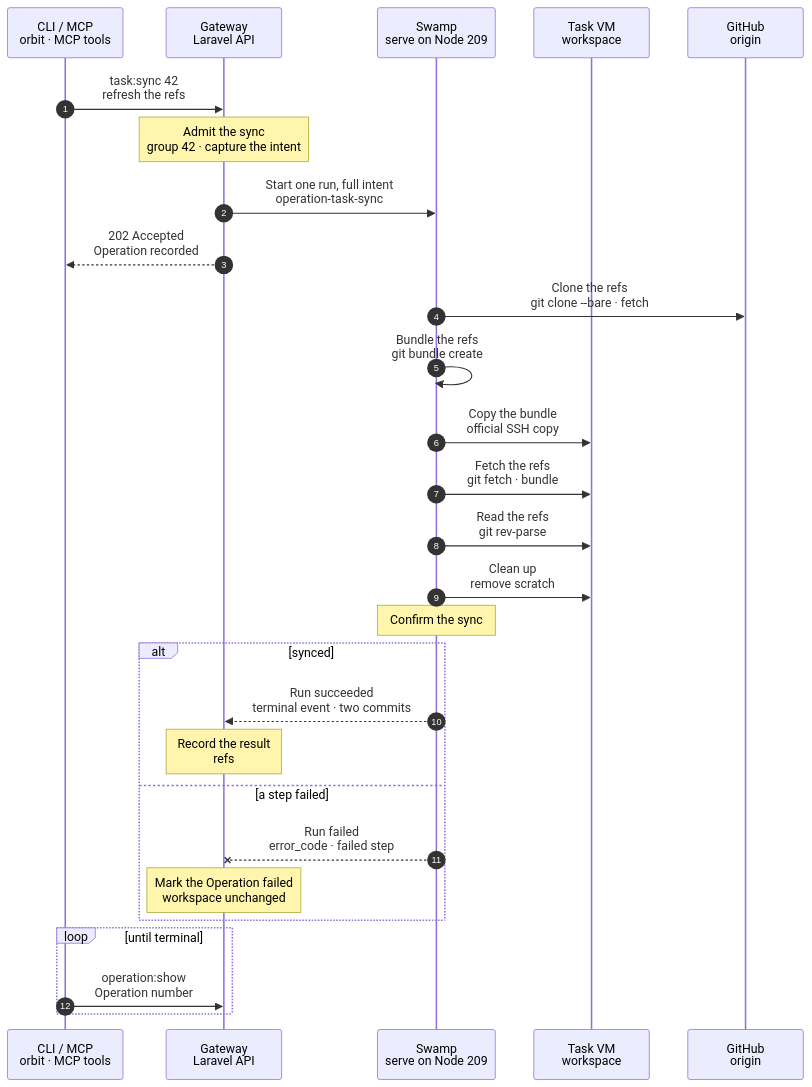
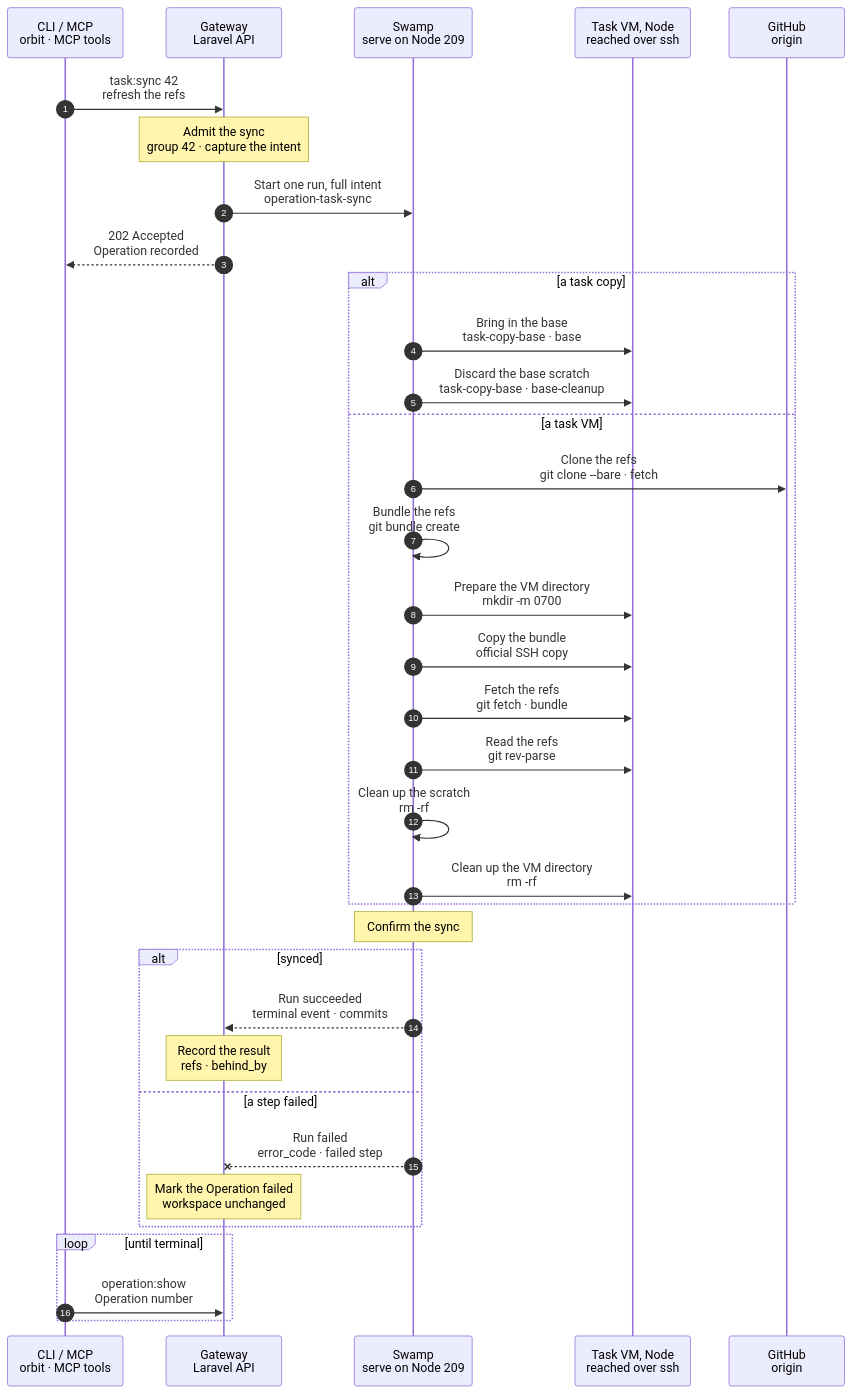
One commit to hardimpactdev/orbit changed the diagram in docs/cli/task/sync.mmd. Above: the diagram before and after it, drawn with Mermaid. The commit also changed 54 other files, not shown here.

First line of the commit message:
feat(tasks): Orbit brings main into a task copy; the publish states its base and refuses only a real conflict (#3760)

```diff
--- a/docs/cli/task/sync.mmd
+++ b/docs/cli/task/sync.mmd
@@ -1,79 +1,116 @@
 sequenceDiagram
   %% Target design: stage 2 and stage 4 of the command development pipeline (docs/reference/pipeline/2-development-environment.mmd, 4-pr-and-ci.mmd). A task VM holds no GitHub credential, so the workspace cannot fetch. The author needs the branch of the pull request and main when either moved on origin (a merge of main into the branch, a correction pushed by the owner), to merge or rebase before the push. Decided by the orchestrator, for Nick's review.
+  %% Task copy (2026-11-14): the same kind brings the Project's default branch into a task copy through the copy's Node mirror and one incremental bundle; no credential enters the copy and the branch is never merged or rebased. The run selects the copy path by the intent key `copy`; the task VM steps read only the keys they read before, so a run that an older Gateway admitted keeps its task VM path. Task VMs get no new work. docs/reference/tasks.md#bring-main-into-a-copy.
   %% status: draft
   %% command: task:sync
   %% kind: tasks.sync
   autonumber
   %% lane CLI icon=terminal pill=caller tone=gray
   %% lane GW icon=gateway pill=intent tone=blue
   %% lane SW icon=workflow pill=executes tone=green
-  %% lane VM icon=terminal pill=target tone=amber
+  %% lane N icon=server pill=target tone=amber
   %% lane GH icon=server pill=target tone=purple
   participant CLI as CLI / MCP<br/>orbit · MCP tools
   participant GW as Gateway<br/>Laravel API
   participant SW as Swamp<br/>serve on Node 209
-  participant VM as Task VM<br/>workspace
+  participant N as Task VM, Node<br/>reached over ssh
   participant GH as GitHub<br/>origin
   CLI->>GW: task:sync 42<br/>refresh the refs
   %%> Command:
   %%> - the MCP tool `task-sync`, or `POST /api/v1/tasks/42/sync` with an `Idempotency-Key` and no body
   Note over GW: Admit the sync<br/>group 42 · capture the intent
   %%> Requirements:
   %%> - your Node has an access grant to the Gateway
-  %%> - group 42 is open and external, with its own task VM workspace and a pushed branch `task-42`
-  %%> - the task VM runs; a parked VM is woken by the admission, which answers `tasks.vm_resuming`
-  %%> - no other task runs on group 42; the Gateway holds one lock per group
+  %%> - group 42 is open and external, with its own task VM workspace and a pushed branch `task-42`, or with its own task copy
+  %%> - a task VM runs; a parked VM is woken by the admission, which answers `tasks.vm_resuming`
+  %%> - a task copy's container runs, else `tasks.instance_not_running`, and no copy turn of the group is unended, else `tasks.copy_turn_unended`
+  %%> - no other task runs on group 42, so no check or publish; the Gateway holds one lock per group
   %%> What it does:
   %%> - captures the repository, the default branch, the branch `task-42`, the workspace path and the SSH target of the VM
-  %%> - names the vault key of the read token
+  %%> - for a task copy, adds `copy`: its Node's SSH target, its container, its start commit and its Node mirror
+  %%> - names the vault key of the read credential
   %%> Decided by the orchestrator, for Nick's review:
   %%> - no Swamp step calls the Gateway: the Gateway mints the read token (`contents: read`, valid one hour) as it starts the run and writes it to that vault key, as it does for the Pi token of a turn; the run gets only the key name
+  %%> - each run mints its own credential; a later run never reuses it
   GW->>SW: Start one run, full intent<br/>operation-task-sync
   %%> Inputs:
-  %%> - the whole intent above and the vault key name of the read token, never the token
+  %%> - the whole intent above and the vault key name of the read credential, never the credential
   %%> - no step of the run calls the Gateway
   GW-->>CLI: 202 Accepted<br/>Operation recorded
   %%> Next:
   %%> - the CLI follows the Operation with `operation:show`
-  SW->>GH: Clone the refs<br/>git clone --bare · fetch
-  %%> What it does:
-  %%> - on Node 209, in a scratch directory of the run: a bare clone of the default branch and a fetch of `task-42`, with the token, read from its vault key, as an extra header of the commands and nowhere else
-  SW->>SW: Bundle the refs<br/>git bundle create
-  %%> What it does:
-  %%> - one bundle of the default branch and `task-42`
-  %%> - the clone and the bundle run as the behaviors `task-sync-clone-42` and `task-sync-bundle-42`, up to 180 s and 60 s, so a sync of another group never waits for their lock
-  SW->>VM: Copy the bundle<br/>official SSH copy
-  %%> What it does:
-  %%> - prepares a private directory on the VM and copies the bundle into it; no token and no script reaches the VM
-  SW->>VM: Fetch the refs<br/>git fetch · bundle
-  %%> What it does:
-  %%> - `git fetch` of the bundle into `refs/remotes/origin/<default branch>` and `refs/remotes/origin/task-42` of the workspace
-  %%> Result:
-  %%> - HEAD, the working tree and the local branches are not touched; the author merges or rebases itself, as the review of the stage asks
-  SW->>VM: Read the refs<br/>git rev-parse
-  %%> What it does:
-  %%> - reads the two commits the fetch stored
-  SW->>VM: Clean up<br/>remove scratch
-  %%> When:
-  %%> - always, on success and failure: the scratch directory on Node 209 and the one on the VM
+  alt a task copy
+    SW->>N: Bring in the base<br/>task-copy-base · base
+    %%> Why its own child:
+    %%> - only this path calls `task-copy-base`; the shared workspace child of turns, checks and publishes takes no secret and no base input
+    %%> On the Node:
+    %%> - first removes what an earlier, cancelled sync of the copy left in the copy's Node scratch and bundle folder, which the copy's Instance names
+    %%> - fetches `+refs/heads/<default>` from the Project's repository into the copy's own mirror, `/var/lib/orbit/instance-repositories/<instance>.git`; a missing mirror is made from the default's mirror, which only then is needed
+    %%> - the read token is the sync's Git header: it reaches that one `git fetch` only as its environment, through the stdin of a pipelined task; never argv, a file or a stored output, so a killed run leaves none behind
+    %%> - bundles the default branch without the commits the copy already holds (`^origin/<default>`, `^task-42`, where the mirror holds them); when the copy holds the head already, no bundle is made
+    %%> In the container:
+    %%> - root makes the bundle folder fresh and owns it and the bundle; `agent` can read it and cannot replace it
+    %%> - as `agent`, `git fetch` of the bundle into `refs/remotes/origin/<default>` only
+    %%> - reads the default head, the branch commit, `git rev-list --count task-42..origin/<default>` and the copy's start
+    %%> Result:
+    %%> - HEAD, the working tree, the index and the local branches are not touched; nothing is merged or rebased
+    %%> Source:
+    %%> - the Project's repository, for every Project; a Project whose repository receives main only at a release sees the last released main
+    SW->>N: Discard the base scratch<br/>task-copy-base · base-cleanup
+    %%> Clean-up rule:
+    %%> - the bundles on the Node and in the copy go when the base ends, here after the run, at the next sync of the copy, or at the copy's destroy, whichever comes first; no credential is ever written, so none is left to remove
+    %%> Test:
+    %%> - a failed fetch, a cancel during the fetch and a cancel after the push leave no credential anywhere and no bundle in the copy once this step or the next base ran
+  else a task VM
+    SW->>GH: Clone the refs<br/>git clone --bare · fetch
+    %%> What it does:
+    %%> - on Node 209, in a scratch directory of the run: a bare clone of the default branch and a fetch of `task-42`, with the token, read from its vault key, as an extra header of the commands and nowhere else
+    SW->>SW: Bundle the refs<br/>git bundle create
+    %%> What it does:
+    %%> - one bundle of the default branch and `task-42`
+    %%> - the clone and the bundle run as the behaviors `task-sync-clone-42` and `task-sync-bundle-42`, up to 180 s and 60 s, so a sync of another group never waits for their lock
+    SW->>N: Prepare the VM directory<br/>mkdir -m 0700
+    %%> What it does:
+    %%> - a private directory of the run on the VM
+    SW->>N: Copy the bundle<br/>official SSH copy
+    %%> What it does:
+    %%> - copies the bundle into that directory; no token and no script reaches the VM
+    SW->>N: Fetch the refs<br/>git fetch · bundle
+    %%> What it does:
+    %%> - `git fetch` of the bundle into `refs/remotes/origin/<default branch>` and `refs/remotes/origin/task-42` of the workspace
+    %%> Result:
+    %%> - HEAD, the working tree and the local branches are not touched; the author merges or rebases itself, as the review of the stage asks
+    SW->>N: Read the refs<br/>git rev-parse
+    %%> What it does:
+    %%> - reads the two commits the fetch stored
+    SW->>SW: Clean up the scratch<br/>rm -rf
+    %%> When:
+    %%> - always, on success and failure: the scratch directory of the run on Node 209
+    SW->>N: Clean up the VM directory<br/>rm -rf
+    %%> When:
+    %%> - always, after the scratch: the run's directory on the VM
+  end
   Note over SW: Confirm the sync
   %%> What it does:
-  %%> - native assert: the fetch, the read and the clean up succeeded
+  %%> - native assert: for a task VM, the read and both clean ups succeeded; for a task copy, the base and its discard succeeded
   alt synced
-    SW-->>GW: Run succeeded<br/>terminal event · two commits
+    SW-->>GW: Run succeeded<br/>terminal event · commits
     %%> How the Gateway learns it:
     %%> - its shared run reader sees the terminal event; Swamp never calls the Gateway
-    Note over GW: Record the result<br/>refs
+    Note over GW: Record the result<br/>refs · behind_by
     %%> Result:
-    %%> - the Operation succeeds with the commit of the default branch and the commit of `task-42`
+    %%> - a task VM: the commit of the default branch and the commit of `task-42`
+    %%> - a task copy: `default_branch`, `default_commit`, `branch`, `branch_commit`, `behind_by` and `start`
   else a step failed
     SW--xGW: Run failed<br/>error_code · failed step
     %%> The Gateway reads:
     %%> - which step failed; a branch that does not exist on origin fails the clone step
     Note over GW: Mark the Operation failed<br/>workspace unchanged
+    %%> Retry:
+    %%> - run it again: a new run mints a new read token, and a fetch that already happened makes the next bundle smaller
   end
   loop until terminal
     CLI->>GW: operation:show<br/>Operation number
     %%> Returns:
-    %%> - the Operation status, and the two commits when the run succeeded
+    %%> - the Operation status, and the commits and `behind_by` when the run succeeded
   end
```
